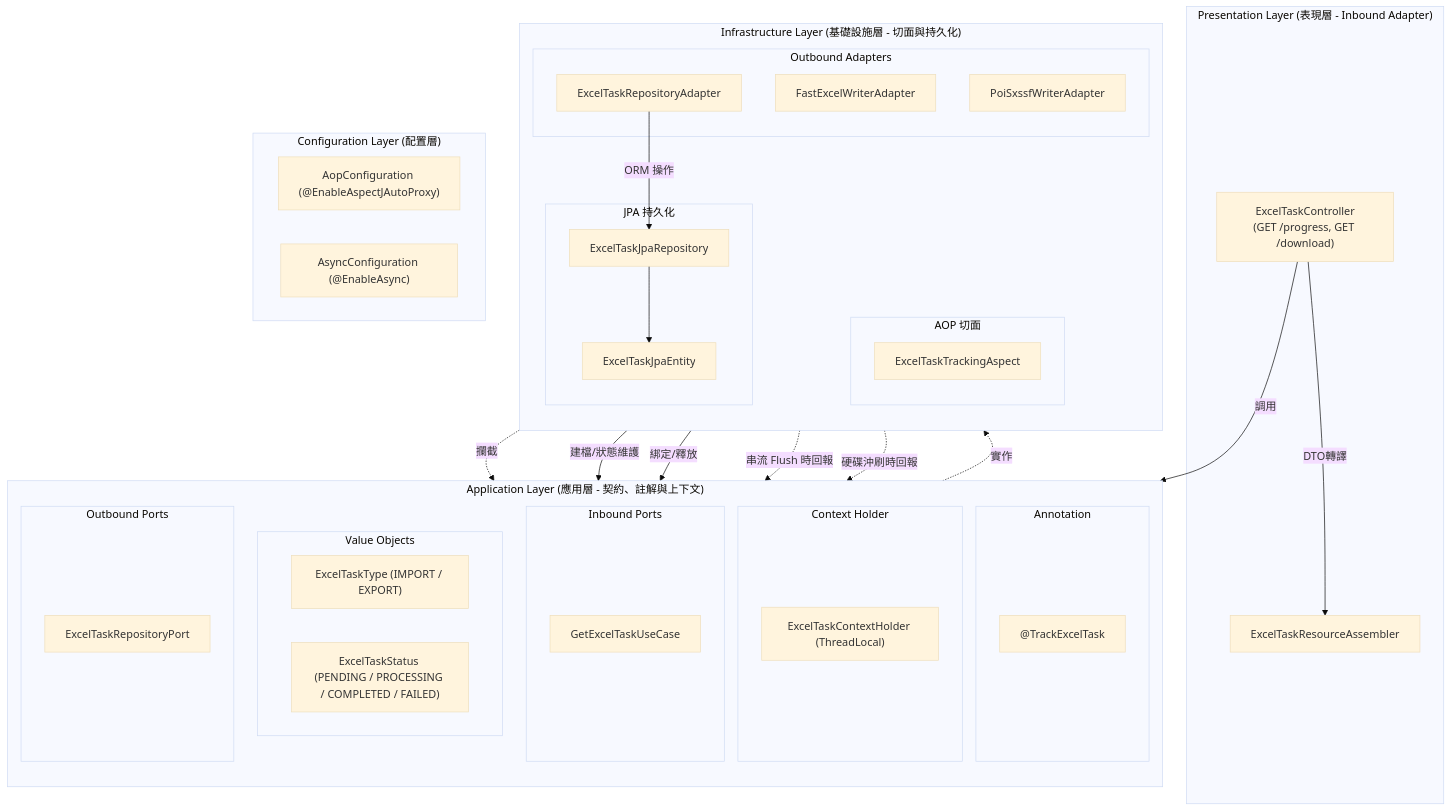
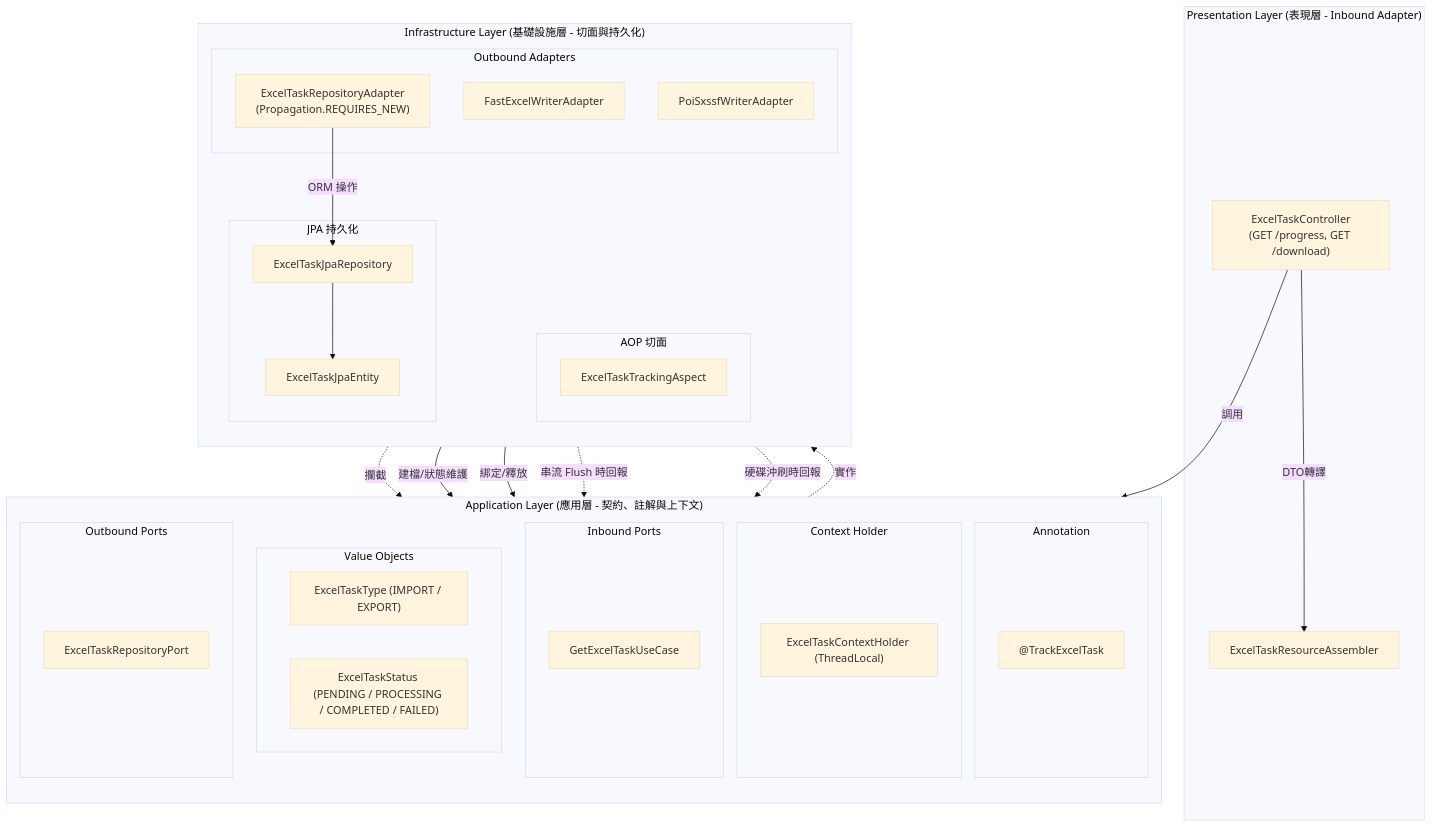
The first of 2 diagrams in doc/design/annotation-driven-task-tracking.md (nick54785478/excel-module), drawn with Mermaid (base theme) before and after one commit. The commit also changed other lines of this file and 93 other files, not shown here.

````diff
--- a/doc/design/annotation-driven-task-tracking.md
+++ b/doc/design/annotation-driven-task-tracking.md
@@ -38,61 +19,54 @@
 ```mermaid
 flowchart TD
     subgraph Presentation_Layer ["Presentation Layer (表現層 - Inbound Adapter)"]
         ETC["ExcelTaskController<br/>(GET /progress, GET /download)"]
         ETRA["ExcelTaskResourceAssembler"]
     end
 
     subgraph Application_Layer ["Application Layer (應用層 - 契約、註解與上下文)"]
         direction TB
         subgraph Annotations ["Annotation"]
             TET["@TrackExcelTask"]
         end
         subgraph VOs ["Value Objects"]
             ETT["ExcelTaskType (IMPORT / EXPORT)"]
             ETS["ExcelTaskStatus (PENDING / PROCESSING / COMPLETED / FAILED)"]
         end
         subgraph Context ["Context Holder"]
             ETCH["ExcelTaskContextHolder (ThreadLocal)"]
         end
         subgraph Ports_In ["Inbound Ports"]
             GETU["GetExcelTaskUseCase"]
         end
         subgraph Ports_Out ["Outbound Ports"]
             ETRP["ExcelTaskRepositoryPort"]
         end
     end
 
     subgraph Infrastructure_Layer ["Infrastructure Layer (基礎設施層 - 切面與持久化)"]
         direction TB
         subgraph AOP ["AOP 切面"]
             ETTA["ExcelTaskTrackingAspect"]
         end
         subgraph Adapters_Out ["Outbound Adapters"]
-            ETRA_Impl["ExcelTaskRepositoryAdapter"]
+            ETRA_Impl["ExcelTaskRepositoryAdapter<br/>(Propagation.REQUIRES_NEW)"]
             FEWA["FastExcelWriterAdapter"]
             PSWA["PoiSxssfWriterAdapter"]
         end
         subgraph Persistence ["JPA 持久化"]
             ETJE["ExcelTaskJpaEntity"]
             ETJR["ExcelTaskJpaRepository"]
         end
     end
 
-    subgraph Config_Layer ["Configuration Layer (配置層)"]
-        AOPConfig["AopConfiguration (@EnableAspectJAutoProxy)"]
-        AsyncConfig["AsyncConfiguration (@EnableAsync)"]
-    end
-
-    %% 呼叫關聯
     ETC -->|調用| GETU
     ETC -->|DTO轉譯| ETRA
     ETTA -.->|攔截| TET
     ETTA -->|建檔/狀態維護| ETRP
     ETTA -->|綁定/釋放| ETCH
     ETRP -.->|實作| ETRA_Impl
     ETRA_Impl -->|ORM 操作| ETJR
     ETJR --> ETJE
-
     FEWA -.->|串流 Flush 時回報| ETCH
     PSWA -.->|硬碟沖刷時回報| ETCH
 ```
````
